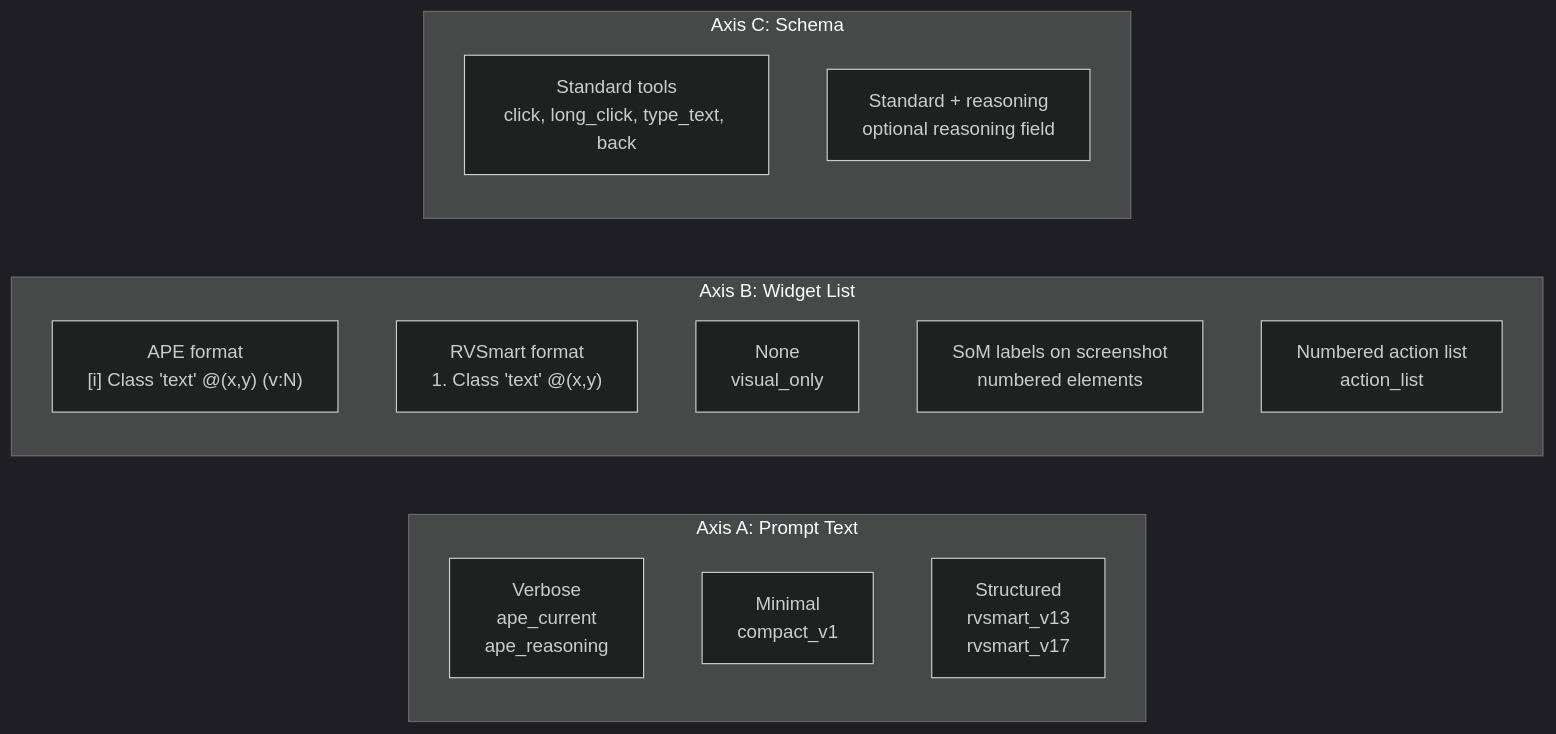
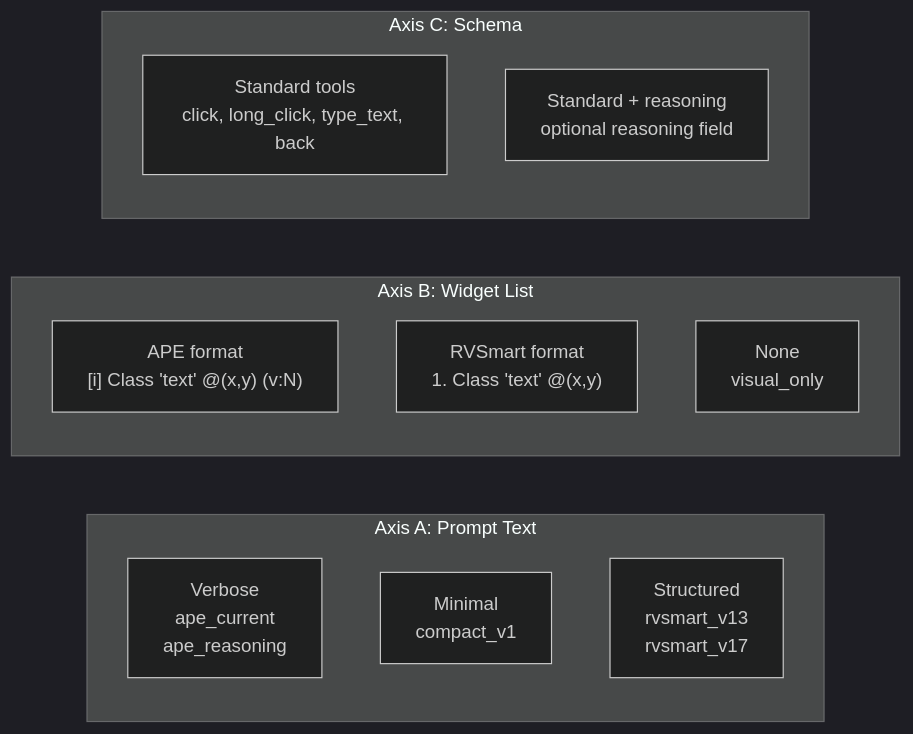
The fourth of 4 diagrams in rv-android/openspec/changes/gh43-aperv-llm-validation/design.md (PAMunb/rvsec), drawn with Mermaid (dark theme) before and after one commit. The commit also changed other lines of this file and 10 other files, not shown here.

````diff
--- a/rv-android/openspec/changes/gh43-aperv-llm-validation/design.md
+++ b/rv-android/openspec/changes/gh43-aperv-llm-validation/design.md
@@ -826,21 +612,19 @@
 ```mermaid
 graph LR
     subgraph "Axis A: Prompt Text"
         A1[Verbose<br/>ape_current<br/>ape_reasoning]
         A2[Minimal<br/>compact_v1]
         A3[Structured<br/>rvsmart_v13<br/>rvsmart_v17]
     end
 
     subgraph "Axis B: Widget List"
         B1["APE format<br/>[i] Class 'text' @(x,y) (v:N)"]
         B2["RVSmart format<br/>1. Class 'text' @(x,y)"]
         B3["None<br/>visual_only"]
-        B4["SoM labels on screenshot<br/>numbered elements"]
-        B5["Numbered action list<br/>action_list"]
     end
 
     subgraph "Axis C: Schema"
         C1[Standard tools<br/>click, long_click, type_text, back]
         C2[Standard + reasoning<br/>optional reasoning field]
     end
 ```
````
